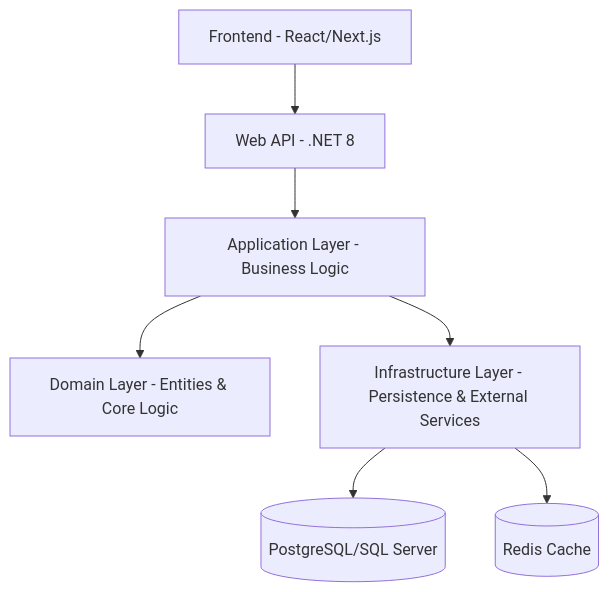
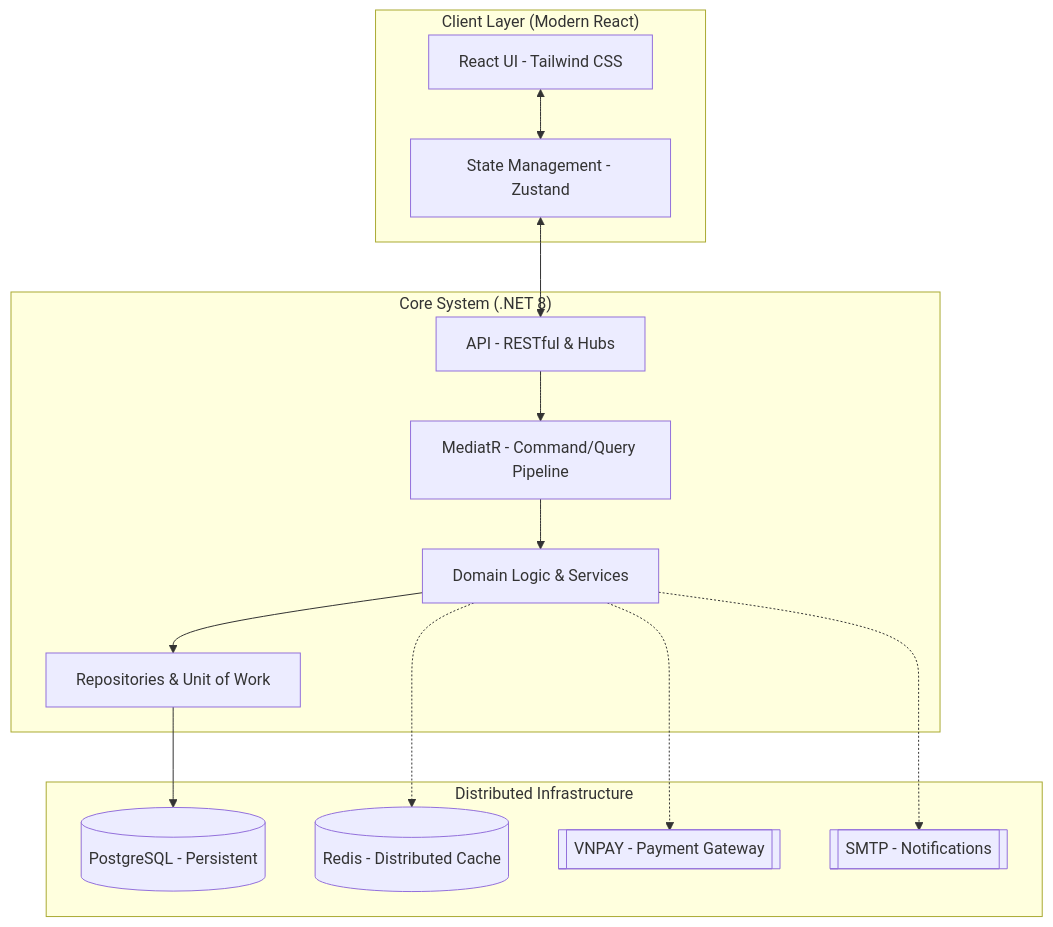
Before and after one commit to nglowji/graduation-project-NguyenTanLoi-ASP.NET: the diagram in README.md, drawn with Mermaid. The commit also changed other lines of this file and 32 other files, not shown here.

Commit message:
feat: implement admin and owner dashboard analytics with corresponding API endpoints and frontend views

````diff
--- a/README.md
+++ b/README.md
@@ -45,9 +53,31 @@
 ```mermaid
 graph TD
-    UI[Frontend - React/Next.js] --> API[Web API - .NET 8]
-    API --> APP[Application Layer - Business Logic]
-    APP --> DOM[Domain Layer - Entities & Core Logic]
-    APP --> INF[Infrastructure Layer - Persistence & External Services]
-    INF --> DB[(PostgreSQL/SQL Server)]
-    INF --> REDIS[(Redis Cache)]
+    subgraph "Client Layer (Modern React)"
+        UI[React UI - Tailwind CSS]
+        State[State Management - Zustand]
+    end
+
+    subgraph "Core System (.NET 8)"
+        API[API - RESTful & Hubs]
+        MediatR[MediatR - Command/Query Pipeline]
+        Logic[Domain Logic & Services]
+        Repo[Repositories & Unit of Work]
+    end
+
+    subgraph "Distributed Infrastructure"
+        PG[(PostgreSQL - Persistent)]
+        RD[(Redis - Distributed Cache)]
+        VN[[VNPAY - Payment Gateway]]
+        MAIL[[SMTP - Notifications]]
+    end
+
+    UI <--> State
+    State <--> API
+    API --> MediatR
+    MediatR --> Logic
+    Logic --> Repo
+    Repo --> PG
+    Logic -.-> RD
+    Logic -.-> VN
+    Logic -.-> MAIL
 ```
````
